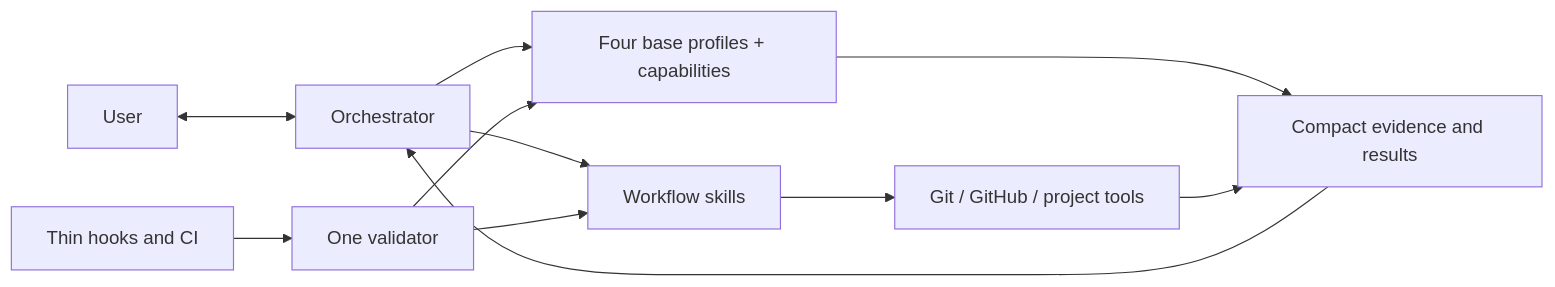
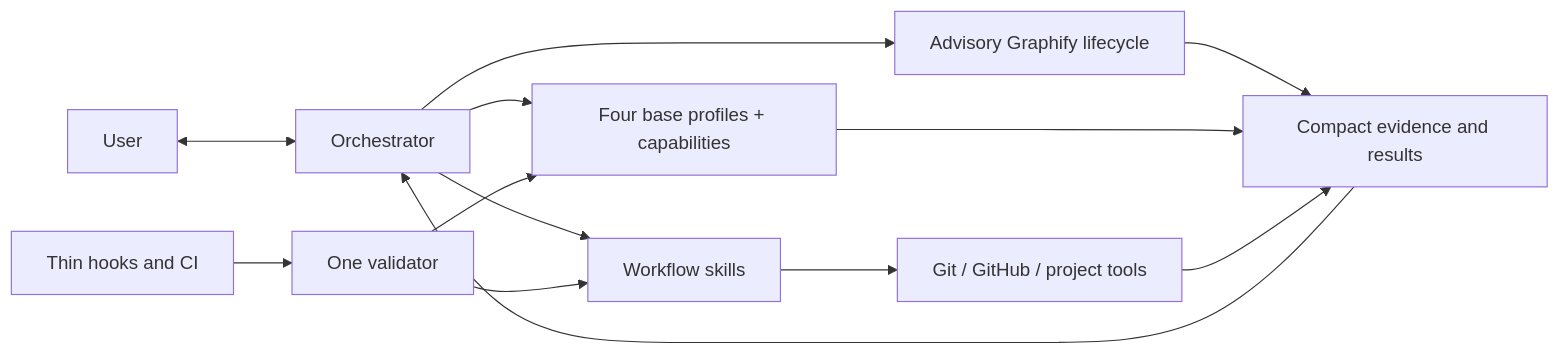
Before and after one commit to FranciscoJSBarragan/Orchestra: the diagram in docs/ARCHITECTURE.md, drawn with Mermaid. The commit also changed other lines of this file and 5 other files, not shown here.

First line of the commit message:
docs: define the advisory Graphify lifecycle

````diff
--- a/docs/ARCHITECTURE.md
+++ b/docs/ARCHITECTURE.md
@@ -8,13 +8,15 @@
 ```mermaid
 flowchart LR
     U["User"] <--> O["Orchestrator"]
     O --> A["Four base profiles + capabilities"]
     O --> W["Workflow skills"]
+    O --> F["Advisory Graphify lifecycle"]
     W --> G["Git / GitHub / project tools"]
+    F --> E
     A --> E["Compact evidence and results"]
     G --> E
     E --> O
     V["One validator"] --> W
     V --> A
     H["Thin hooks and CI"] --> V
 ```
````
